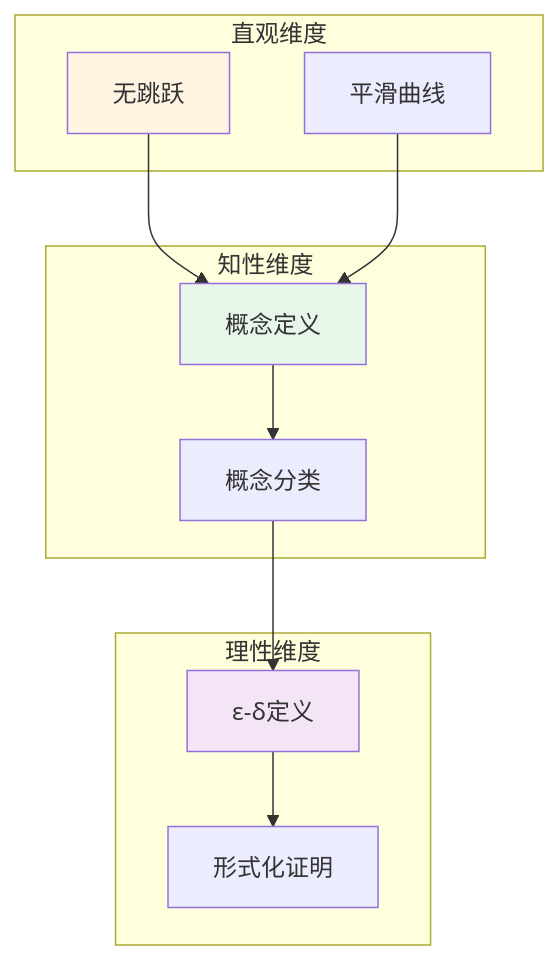
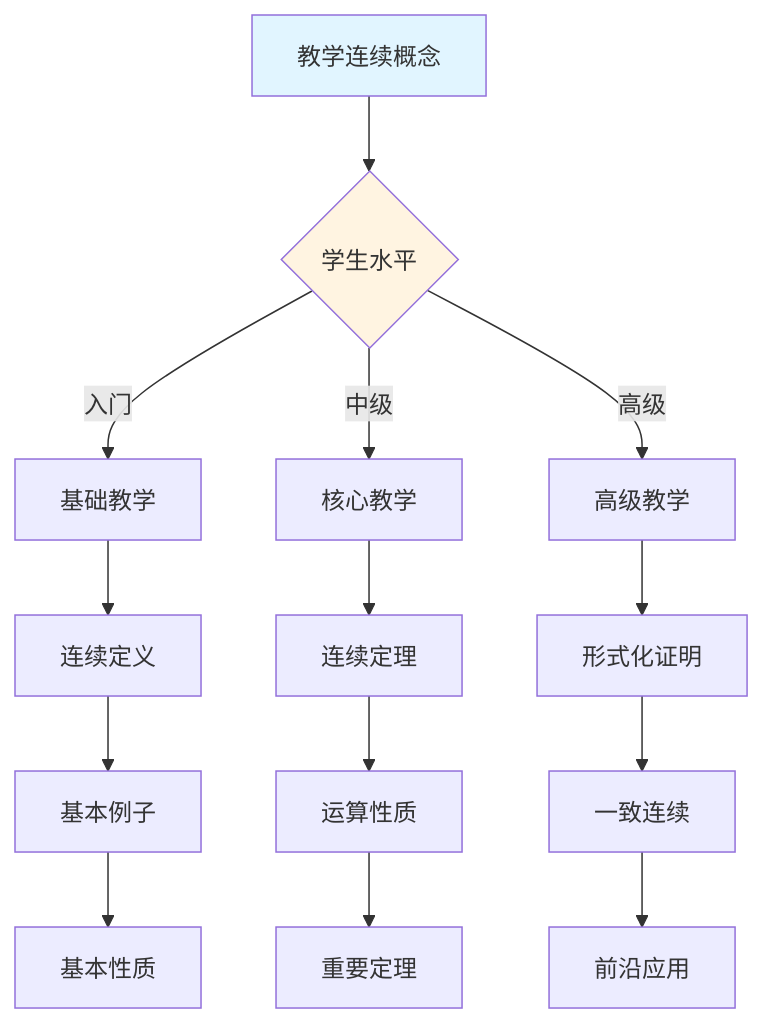
Before and after one commit to AdaMartin18010/FormalMath: the tenth of 10 diagrams in concept/核心概念/14-连续.md, drawn with Mermaid. The commit also changed other lines of this file and 4793 other files, not shown here.

````diff
--- a/concept/核心概念/14-连续.md
+++ b/concept/核心概念/14-连续.md
@@ -700,27 +2537,22 @@
 ```mermaid
-graph TB
-    subgraph 直观维度
-        A1[无跳跃]
-        A2[平滑曲线]
-    end
+graph TD
+    A[教学连续概念] --> B{学生水平}
+    B -->|入门| C[基础教学]
+    B -->|中级| D[核心教学]
+    B -->|高级| E[高级教学]
 
-    subgraph 知性维度
-        B1[概念定义]
-        B2[概念分类]
-    end
+    C --> C1[连续定义]
+    C1 --> C2[基本例子]
+    C2 --> C3[基本性质]
 
-    subgraph 理性维度
-        C1[ε-δ定义]
-        C2[形式化证明]
-    end
+    D --> D1[连续定理]
+    D1 --> D2[运算性质]
+    D2 --> D3[重要定理]
 
-    A1 --> B1
-    A2 --> B1
-    B1 --> B2
-    B2 --> C1
-    C1 --> C2
+    E --> E1[形式化证明]
+    E1 --> E2[一致连续]
+    E2 --> E3[前沿应用]
 
-    style A1 fill:#fff4e1
-    style B1 fill:#e8f5e9
-    style C1 fill:#f3e5f5
+    style A fill:#e1f5ff
+    style B fill:#fff4e1
 ```
````
